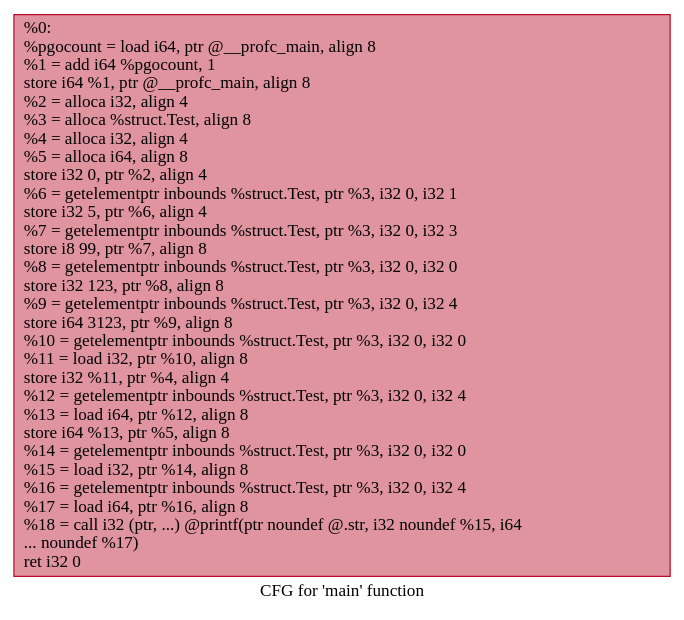
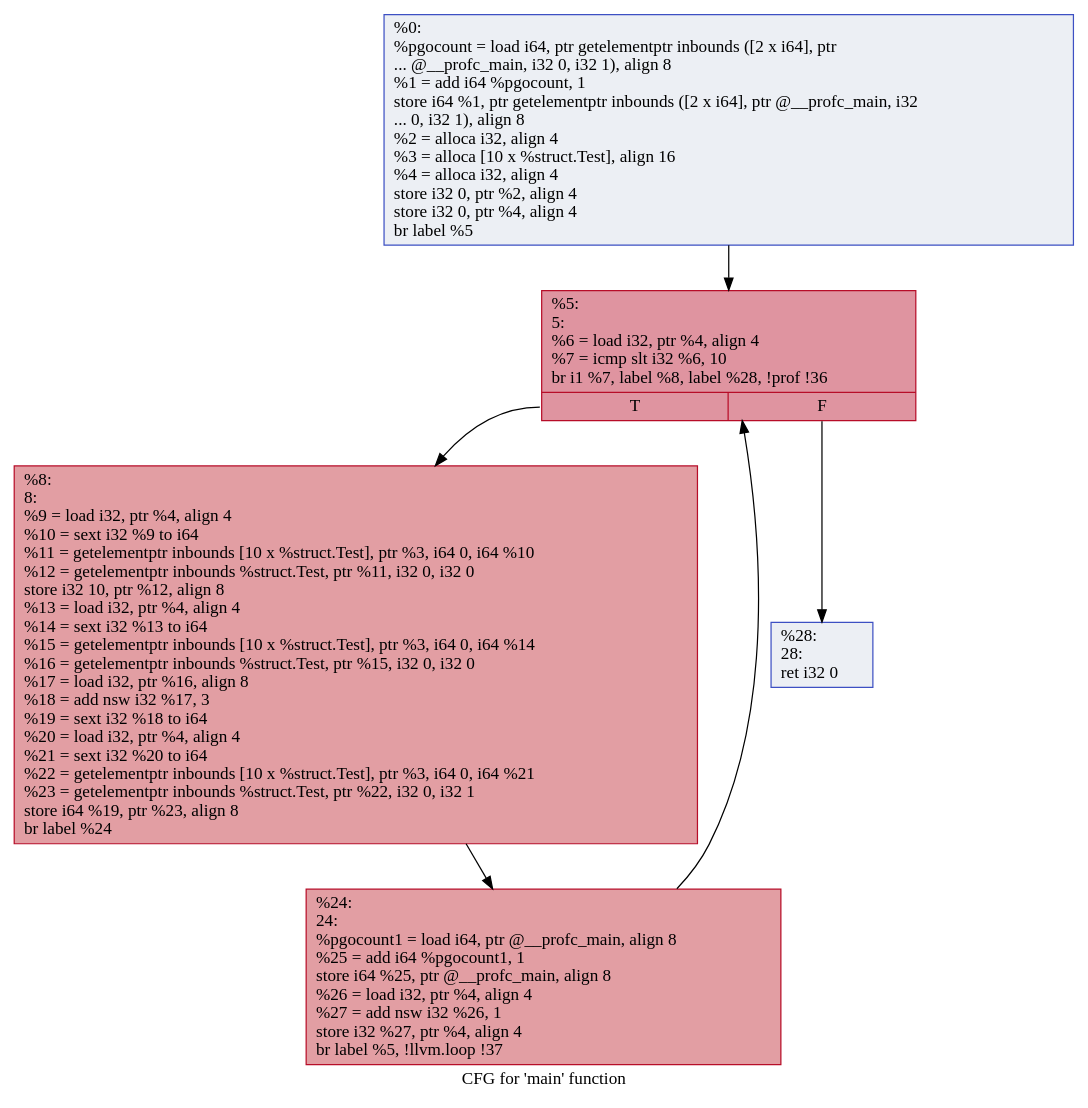
The diagram in benchmarks/correctness/tmp/.main.dot (show981111/struct-optimization), drawn with Graphviz before and after one commit. The commit also changed 48 other files, not shown here.

```diff
--- a/benchmarks/correctness/tmp/.main.dot
+++ b/benchmarks/correctness/tmp/.main.dot
@@ -1,5 +1,14 @@
 digraph "CFG for 'main' function" {
 	label="CFG for 'main' function";
 
-	Node0x5652a251b2c0 [shape=record,color="#b70d28ff", style=filled, fillcolor="#b70d2870",label="{%0:\l  %pgocount = load i64, ptr @__profc_main, align 8\l  %1 = add i64 %pgocount, 1\l  store i64 %1, ptr @__profc_main, align 8\l  %2 = alloca i32, align 4\l  %3 = alloca %struct.Test, align 8\l  %4 = alloca i32, align 4\l  %5 = alloca i64, align 8\l  store i32 0, ptr %2, align 4\l  %6 = getelementptr inbounds %struct.Test, ptr %3, i32 0, i32 1\l  store i32 5, ptr %6, align 4\l  %7 = getelementptr inbounds %struct.Test, ptr %3, i32 0, i32 3\l  store i8 99, ptr %7, align 8\l  %8 = getelementptr inbounds %struct.Test, ptr %3, i32 0, i32 0\l  store i32 123, ptr %8, align 8\l  %9 = getelementptr inbounds %struct.Test, ptr %3, i32 0, i32 4\l  store i64 3123, ptr %9, align 8\l  %10 = getelementptr inbounds %struct.Test, ptr %3, i32 0, i32 0\l  %11 = load i32, ptr %10, align 8\l  store i32 %11, ptr %4, align 4\l  %12 = getelementptr inbounds %struct.Test, ptr %3, i32 0, i32 4\l  %13 = load i64, ptr %12, align 8\l  store i64 %13, ptr %5, align 8\l  %14 = getelementptr inbounds %struct.Test, ptr %3, i32 0, i32 0\l  %15 = load i32, ptr %14, align 8\l  %16 = getelementptr inbounds %struct.Test, ptr %3, i32 0, i32 4\l  %17 = load i64, ptr %16, align 8\l  %18 = call i32 (ptr, ...) @printf(ptr noundef @.str, i32 noundef %15, i64\l... noundef %17)\l  ret i32 0\l}"];
+	Node0x5615abd081a0 [shape=record,color="#3d50c3ff", style=filled, fillcolor="#d4dbe670",label="{%0:\l  %pgocount = load i64, ptr getelementptr inbounds ([2 x i64], ptr\l... @__profc_main, i32 0, i32 1), align 8\l  %1 = add i64 %pgocount, 1\l  store i64 %1, ptr getelementptr inbounds ([2 x i64], ptr @__profc_main, i32\l... 0, i32 1), align 8\l  %2 = alloca i32, align 4\l  %3 = alloca [10 x %struct.Test], align 16\l  %4 = alloca i32, align 4\l  store i32 0, ptr %2, align 4\l  store i32 0, ptr %4, align 4\l  br label %5\l}"];
+	Node0x5615abd081a0 -> Node0x5615abd0faf0;
+	Node0x5615abd0faf0 [shape=record,color="#b70d28ff", style=filled, fillcolor="#b70d2870",label="{%5:\l5:                                                \l  %6 = load i32, ptr %4, align 4\l  %7 = icmp slt i32 %6, 10\l  br i1 %7, label %8, label %28, !prof !36\l|{<s0>T|<s1>F}}"];
+	Node0x5615abd0faf0:s0 -> Node0x5615abd1aec0;
+	Node0x5615abd0faf0:s1 -> Node0x5615abd1af60;
+	Node0x5615abd1aec0 [shape=record,color="#b70d28ff", style=filled, fillcolor="#be242e70",label="{%8:\l8:                                                \l  %9 = load i32, ptr %4, align 4\l  %10 = sext i32 %9 to i64\l  %11 = getelementptr inbounds [10 x %struct.Test], ptr %3, i64 0, i64 %10\l  %12 = getelementptr inbounds %struct.Test, ptr %11, i32 0, i32 0\l  store i32 10, ptr %12, align 8\l  %13 = load i32, ptr %4, align 4\l  %14 = sext i32 %13 to i64\l  %15 = getelementptr inbounds [10 x %struct.Test], ptr %3, i64 0, i64 %14\l  %16 = getelementptr inbounds %struct.Test, ptr %15, i32 0, i32 0\l  %17 = load i32, ptr %16, align 8\l  %18 = add nsw i32 %17, 3\l  %19 = sext i32 %18 to i64\l  %20 = load i32, ptr %4, align 4\l  %21 = sext i32 %20 to i64\l  %22 = getelementptr inbounds [10 x %struct.Test], ptr %3, i64 0, i64 %21\l  %23 = getelementptr inbounds %struct.Test, ptr %22, i32 0, i32 1\l  store i64 %19, ptr %23, align 8\l  br label %24\l}"];
+	Node0x5615abd1aec0 -> Node0x5615abd1af10;
+	Node0x5615abd1af10 [shape=record,color="#b70d28ff", style=filled, fillcolor="#be242e70",label="{%24:\l24:                                               \l  %pgocount1 = load i64, ptr @__profc_main, align 8\l  %25 = add i64 %pgocount1, 1\l  store i64 %25, ptr @__profc_main, align 8\l  %26 = load i32, ptr %4, align 4\l  %27 = add nsw i32 %26, 1\l  store i32 %27, ptr %4, align 4\l  br label %5, !llvm.loop !37\l}"];
+	Node0x5615abd1af10 -> Node0x5615abd0faf0;
+	Node0x5615abd1af60 [shape=record,color="#3d50c3ff", style=filled, fillcolor="#d4dbe670",label="{%28:\l28:                                               \l  ret i32 0\l}"];
 }
```
